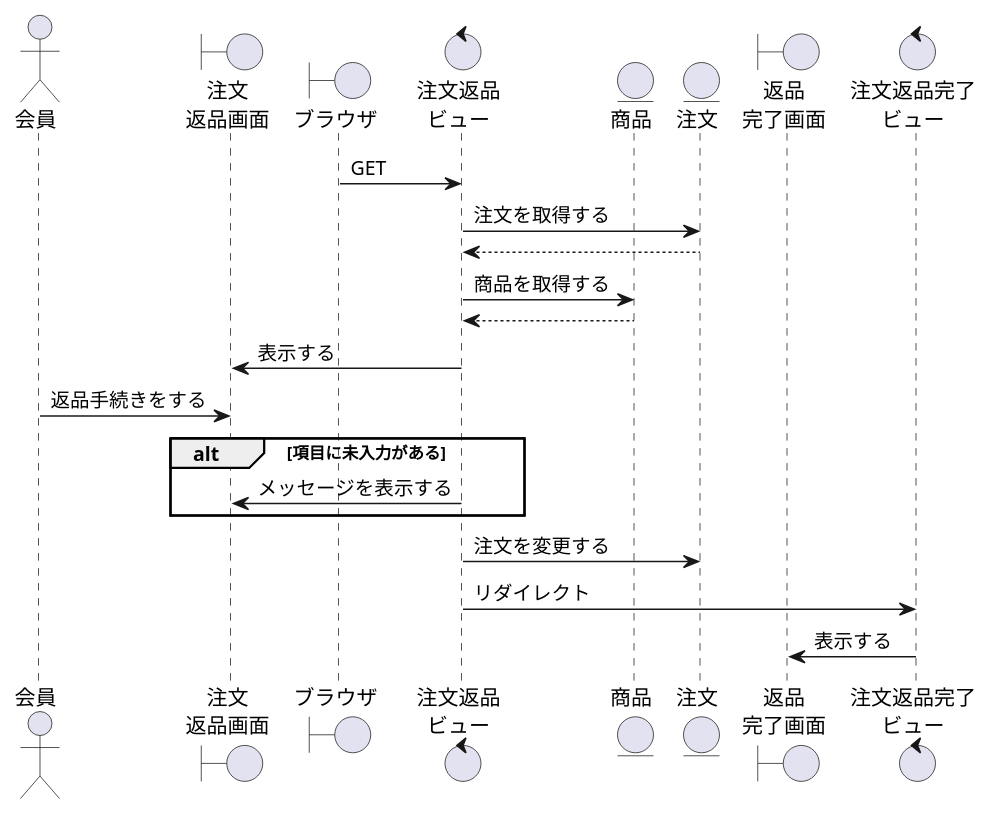
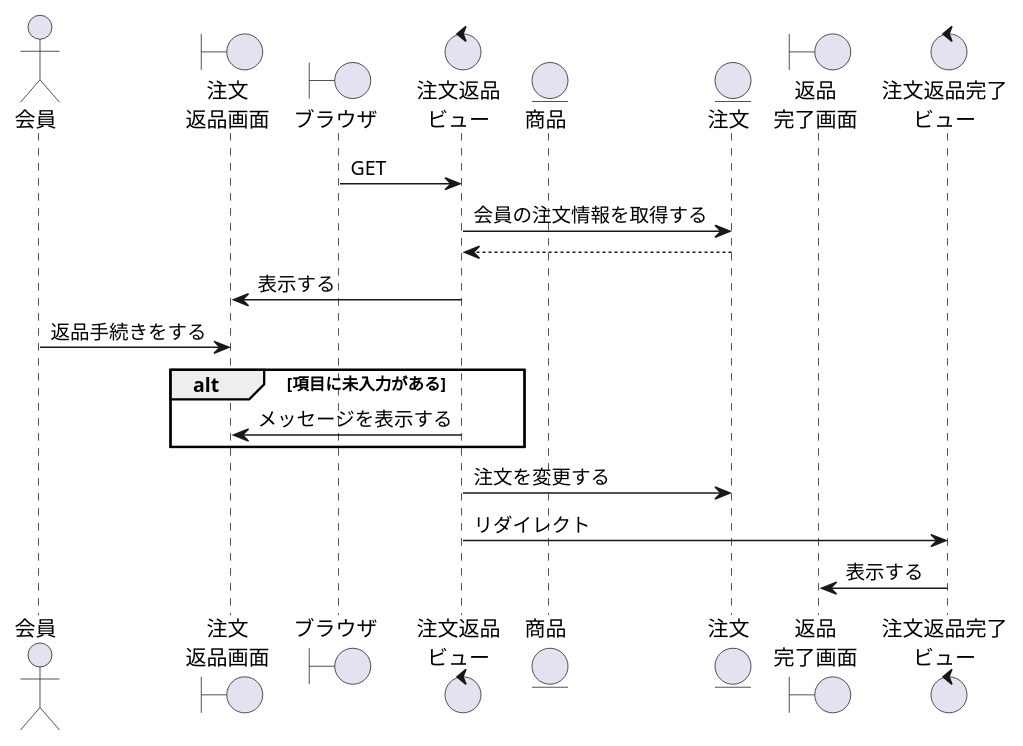
One commit to ysyk-wtnb16/team_D changed the diagram in BBショップ/返品.wsd. Above: the diagram before and after it, drawn with PlantUML.

Commit message:
ｈ

```diff
--- a/BBショップ/返品.wsd
+++ b/BBショップ/返品.wsd
@@ -1,32 +1,32 @@
 @startuml return
 ' ①縦軸の並び順を決める
 actor "会員" as act
 boundary "注文\n返品画面" as orb
 ' コントローラーに初回アクセスするもの
 boundary "ブラウザ" as brz
 ' コントローラーまたはビューの名称を決める
 control "注文返品\nビュー" as orc
 ' DAOまたはモデルとなる
 entity "商品" as pdt
 entity "注文" as order
 boundary "返品\n完了画面" as orkb
 control "注文返品完了\nビュー" as orkc
 
 brz -> orc: GET
-orc -> order:注文を取得する
+orc -> order:会員の注文情報を取得する
 orc <-- order
-orc -> pdt:商品を取得する
-orc <-- pdt
+' orc -> pdt:商品を取得する
+' orc <-- pdt
 orb <- orc:表示する
 act -> orb:返品手続きをする
 
 
 alt 項目に未入力がある
     orb <- orc:メッセージを表示する
 end
 
 orc -> order: 注文を変更する
 orc -> orkc: リダイレクト
 orkb <- orkc:表示する
 
 @enduml
```
